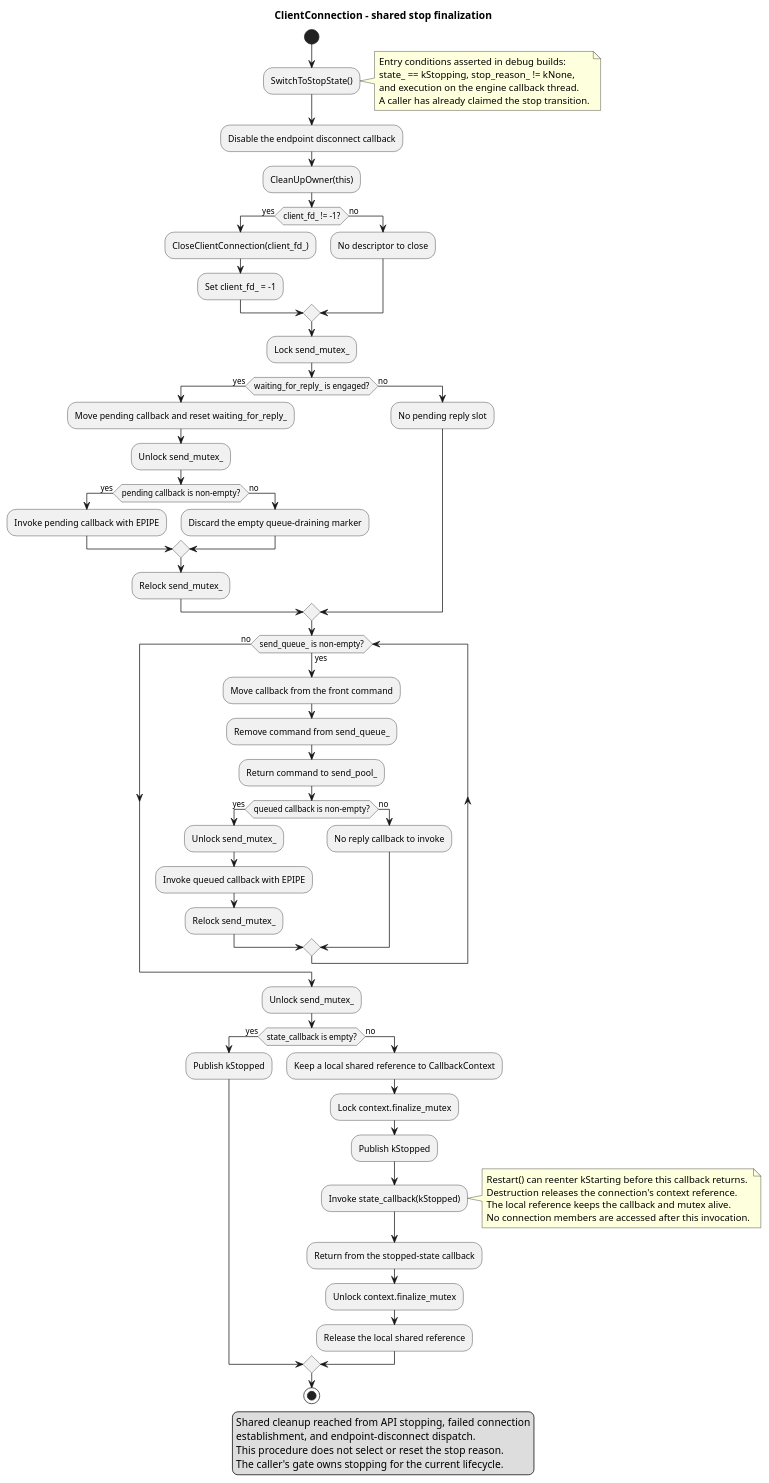
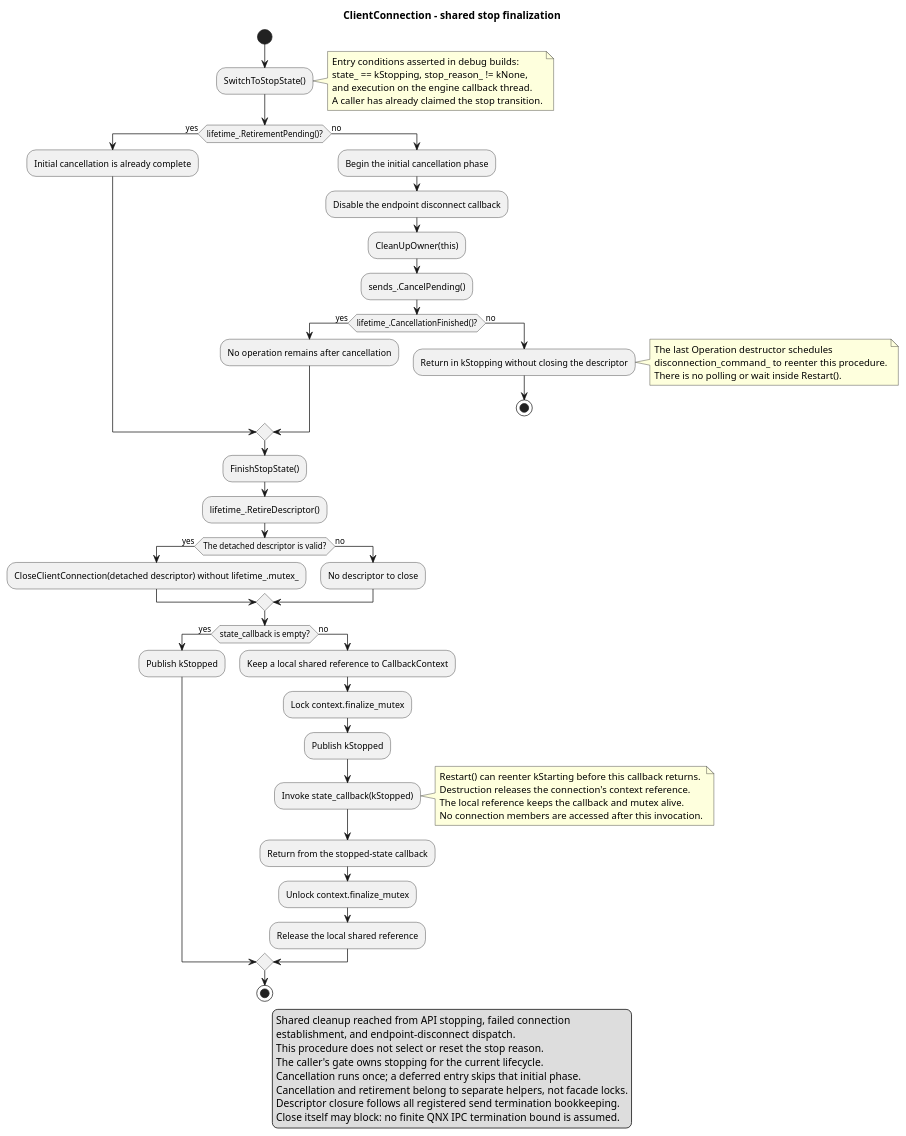
Before and after one commit to eclipse-score/communication: the diagram in score/message_passing/dependability/software_unit_design/client_connection_switch_to_stop_state_activity.puml, drawn with PlantUML. The commit also changed 43 other files, not shown here.

First line of the commit message:
message_passing: extract client_connection state helpers

```diff
--- a/score/message_passing/dependability/software_unit_design/client_connection_switch_to_stop_state_activity.puml
+++ b/score/message_passing/dependability/software_unit_design/client_connection_switch_to_stop_state_activity.puml
@@ -1,75 +1,69 @@
 @startuml client_connection_switch_to_stop_state_activity
 title ClientConnection - shared stop finalization
 
 start
 :SwitchToStopState();
 note right
     Entry conditions asserted in debug builds:
     state_ == kStopping, stop_reason_ != kNone,
     and execution on the engine callback thread.
     A caller has already claimed the stop transition.
 end note
-:Disable the endpoint disconnect callback;
-:CleanUpOwner(this);
-if (client_fd_ != -1?) then (yes)
-    :CloseClientConnection(client_fd_);
-    :Set client_fd_ = -1;
+if (lifetime_.RetirementPending()?) then (yes)
+    :Initial cancellation is already complete;
+else (no)
+    :Begin the initial cancellation phase;
+    :Disable the endpoint disconnect callback;
+    :CleanUpOwner(this);
+    :sends_.CancelPending();
+    if (lifetime_.CancellationFinished()?) then (yes)
+        :No operation remains after cancellation;
+    else (no)
+        :Return in kStopping without closing the descriptor;
+        note right
+            The last Operation destructor schedules
+            disconnection_command_ to reenter this procedure.
+            There is no polling or wait inside Restart().
+        end note
+        stop
+    endif
+endif
+:FinishStopState();
+:lifetime_.RetireDescriptor();
+if (The detached descriptor is valid?) then (yes)
+    :CloseClientConnection(detached descriptor) without lifetime_.mutex_;
 else (no)
     :No descriptor to close;
 endif
-
-:Lock send_mutex_;
-if (waiting_for_reply_ is engaged?) then (yes)
-    :Move pending callback and reset waiting_for_reply_;
-    :Unlock send_mutex_;
-    if (pending callback is non-empty?) then (yes)
-        :Invoke pending callback with EPIPE;
-    else (no)
-        :Discard the empty queue-draining marker;
-    endif
-    :Relock send_mutex_;
-else (no)
-    :No pending reply slot;
-endif
-
-while (send_queue_ is non-empty?) is (yes)
-    :Move callback from the front command;
-    :Remove command from send_queue_;
-    :Return command to send_pool_;
-    if (queued callback is non-empty?) then (yes)
-        :Unlock send_mutex_;
-        :Invoke queued callback with EPIPE;
-        :Relock send_mutex_;
-    else (no)
-        :No reply callback to invoke;
-    endif
-endwhile (no)
-:Unlock send_mutex_;
 
 if (state_callback is empty?) then (yes)
     :Publish kStopped;
 else (no)
     :Keep a local shared reference to CallbackContext;
     :Lock context.finalize_mutex;
     :Publish kStopped;
     :Invoke state_callback(kStopped);
     note right
         Restart() can reenter kStarting before this callback returns.
         Destruction releases the connection's context reference.
         The local reference keeps the callback and mutex alive.
         No connection members are accessed after this invocation.
     end note
     :Return from the stopped-state callback;
     :Unlock context.finalize_mutex;
     :Release the local shared reference;
 endif
 stop
 
 legend
     Shared cleanup reached from API stopping, failed connection
     establishment, and endpoint-disconnect dispatch.
     This procedure does not select or reset the stop reason.
     The caller's gate owns stopping for the current lifecycle.
+    Cancellation runs once; a deferred entry skips that initial phase.
+    Cancellation and retirement belong to separate helpers, not facade locks.
+    Descriptor closure follows all registered send termination bookkeeping.
+    Close itself may block: no finite QNX IPC termination bound is assumed.
 endlegend
 
 @enduml
```
